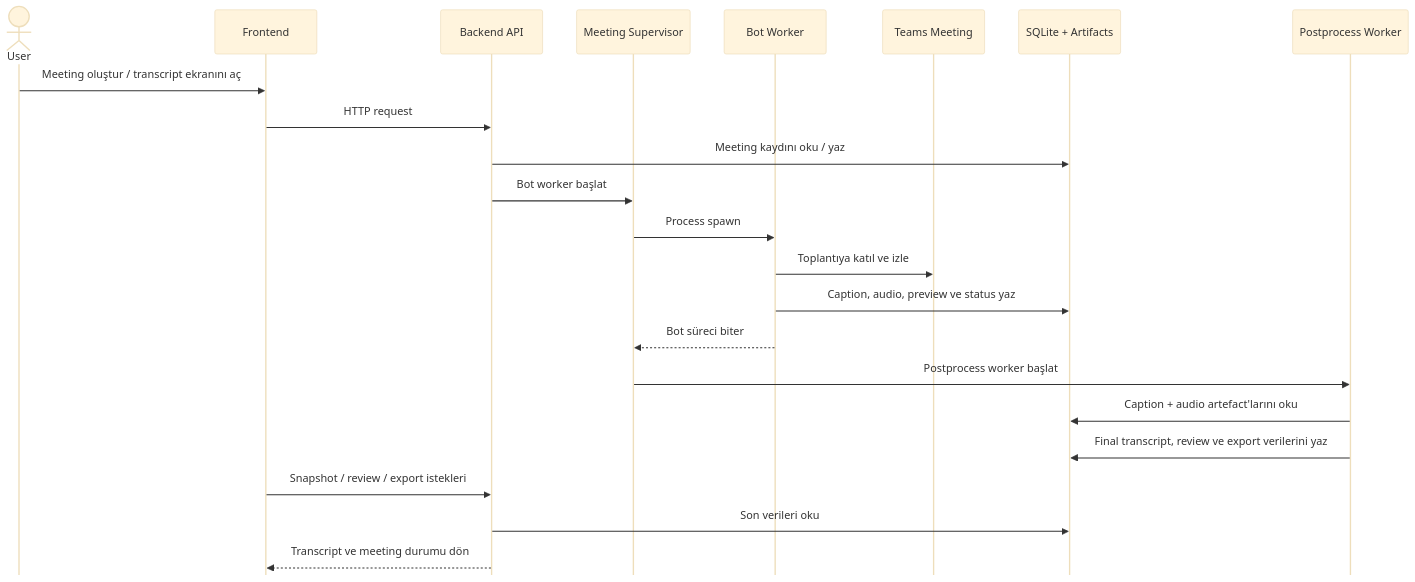
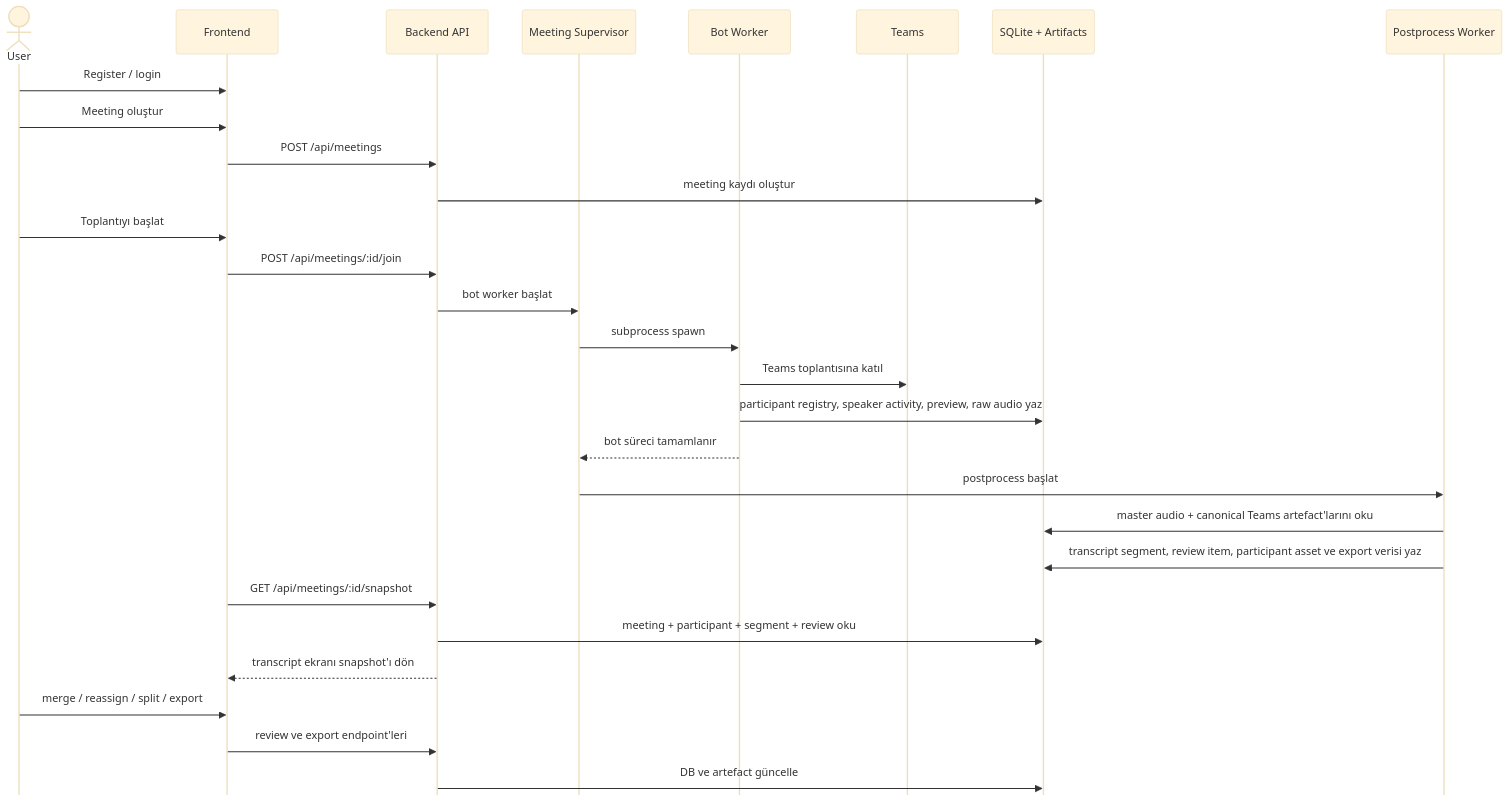
The diagram in README.md (srdrcn/notera), drawn with Mermaid (base theme) before and after one commit. The commit also changed other lines of this file, not shown here.

Commit message:
feat: update README to enhance clarity on system architecture and user flow

````diff
--- a/README.md
+++ b/README.md
@@ -7,27 +14,37 @@
 ```mermaid
 %%{init: { "sequence": { "mirrorActors": false } } }%%
 sequenceDiagram
     actor U as User
     participant F as Frontend
     participant A as Backend API
     participant S as Meeting Supervisor
     participant B as Bot Worker
-    participant T as Teams Meeting
+    participant T as Teams
     participant X as SQLite + Artifacts
     participant P as Postprocess Worker
 
-    U->>F: Meeting oluştur / transcript ekranını aç
-    F->>A: HTTP request
-    A->>X: Meeting kaydını oku / yaz
-    A->>S: Bot worker başlat
-    S->>B: Process spawn
-    B->>T: Toplantıya katıl ve izle
-    B->>X: Caption, audio, preview ve status yaz
-    B-->>S: Bot süreci biter
-    S->>P: Postprocess worker başlat
-    P->>X: Caption + audio artefact'larını oku
-    P->>X: Final transcript, review ve export verilerini yaz
-    F->>A: Snapshot / review / export istekleri
-    A->>X: Son verileri oku
-    A-->>F: Transcript ve meeting durumu dön
+    U->>F: Register / login
+    U->>F: Meeting oluştur
+    F->>A: POST /api/meetings
+    A->>X: meeting kaydı oluştur
+
+    U->>F: Toplantıyı başlat
+    F->>A: POST /api/meetings/:id/join
+    A->>S: bot worker başlat
+    S->>B: subprocess spawn
+    B->>T: Teams toplantısına katıl
+    B->>X: participant registry, speaker activity, preview, raw audio yaz
+
+    B-->>S: bot süreci tamamlanır
+    S->>P: postprocess başlat
+    P->>X: master audio + canonical Teams artefact'larını oku
+    P->>X: transcript segment, review item, participant asset ve export verisi yaz
+
+    F->>A: GET /api/meetings/:id/snapshot
+    A->>X: meeting + participant + segment + review oku
+    A-->>F: transcript ekranı snapshot'ı dön
+
+    U->>F: merge / reassign / split / export
+    F->>A: review ve export endpoint'leri
+    A->>X: DB ve artefact güncelle
 ```
````
